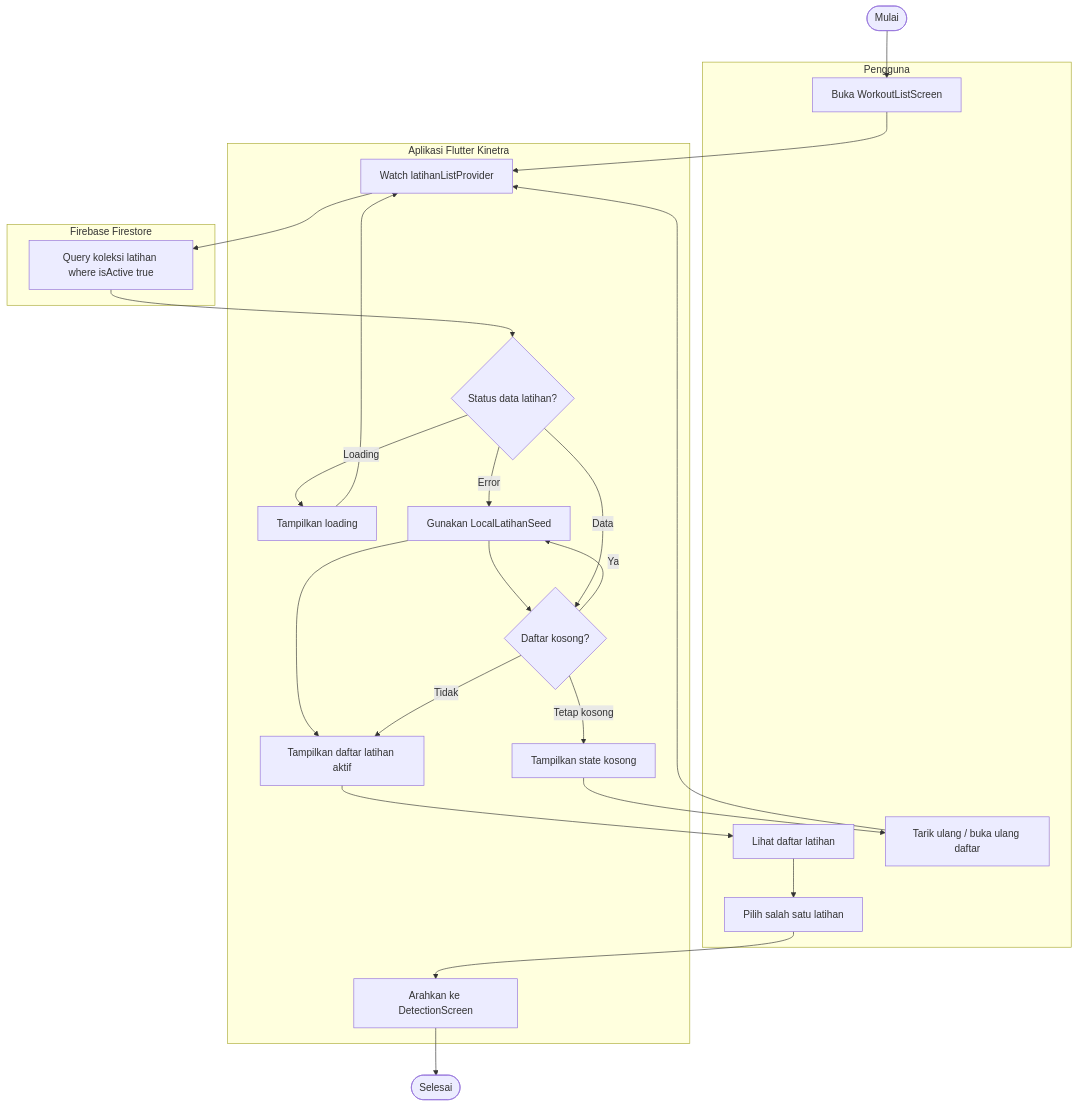
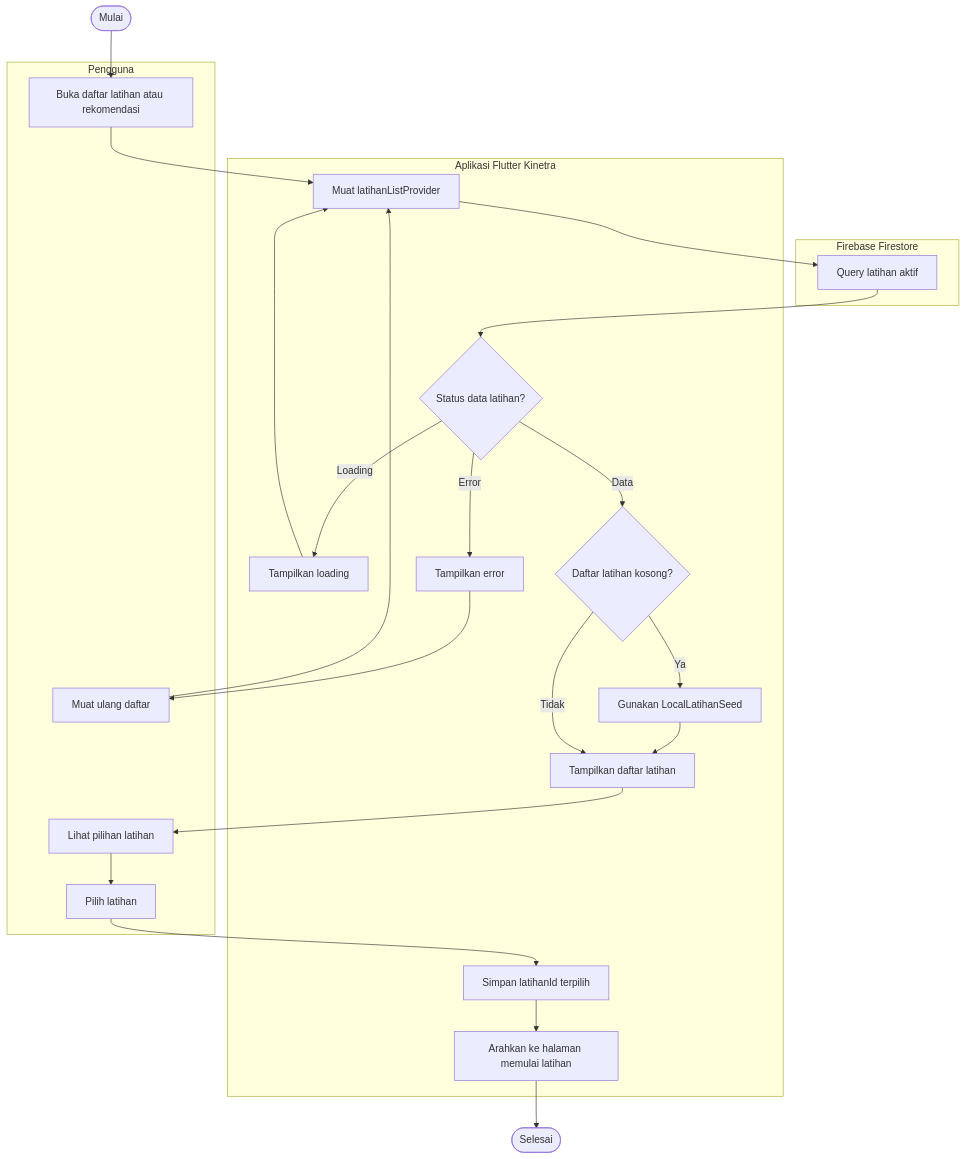
One commit to arifrachmatdx/Kinetra changed the eighth of 24 diagrams in docs/uml.md. Above: the diagram before and after it, drawn with Mermaid. The commit also changed other lines of this file and 1 other file, not shown here.

Commit message:
docs: align UML diagrams with requested use cases

````diff
--- a/docs/uml.md
+++ b/docs/uml.md
@@ -249,31 +296,32 @@
 ```mermaid
 flowchart TD
     Start([Mulai])
     subgraph User["Pengguna"]
-        OpenWorkoutList[Buka WorkoutListScreen]
-        BrowseList[Lihat daftar latihan]
-        SelectWorkout[Pilih salah satu latihan]
-        RetryLoad[Tarik ulang / buka ulang daftar]
+        OpenWorkoutList[Buka daftar latihan atau rekomendasi]
+        BrowseWorkout[Lihat pilihan latihan]
+        SelectWorkout[Pilih latihan]
+        RetryLoad[Muat ulang daftar]
     end
     subgraph App["Aplikasi Flutter Kinetra"]
-        WatchLatihan[Watch latihanListProvider]
-        LatihanState{Status data latihan?}
+        LoadWorkoutList[Muat latihanListProvider]
+        WorkoutState{Status data latihan?}
         RenderLoading[Tampilkan loading]
-        RenderWorkoutList[Tampilkan daftar latihan aktif]
-        EmptyList{Daftar kosong?}
-        UseFallback[Gunakan LocalLatihanSeed]
-        RenderEmpty[Tampilkan state kosong]
-        GoDetection[Arahkan ke DetectionScreen]
+        ListEmpty{Daftar latihan kosong?}
+        UseLocalSeed[Gunakan LocalLatihanSeed]
+        RenderWorkoutList[Tampilkan daftar latihan]
+        StoreSelectedWorkout[Simpan latihanId terpilih]
+        GoStartWorkout[Arahkan ke halaman memulai latihan]
+        ShowError[Tampilkan error]
     end
     subgraph DB["Firebase Firestore"]
-        QueryActiveLatihan[Query koleksi latihan where isActive true]
+        QueryWorkout[Query latihan aktif]
     end
 
-    Start --> OpenWorkoutList --> WatchLatihan --> QueryActiveLatihan --> LatihanState
-    LatihanState -->|Loading| RenderLoading --> WatchLatihan
-    LatihanState -->|Error| UseFallback --> EmptyList
-    LatihanState -->|Data| EmptyList
-    EmptyList -->|Ya| UseFallback --> RenderWorkoutList
-    EmptyList -->|Tetap kosong| RenderEmpty --> RetryLoad --> WatchLatihan
-    EmptyList -->|Tidak| RenderWorkoutList --> BrowseList --> SelectWorkout --> GoDetection --> End([Selesai])
+    Start --> OpenWorkoutList --> LoadWorkoutList --> QueryWorkout --> WorkoutState
+    WorkoutState -->|Loading| RenderLoading --> LoadWorkoutList
+    WorkoutState -->|Error| ShowError --> RetryLoad --> LoadWorkoutList
+    WorkoutState -->|Data| ListEmpty
+    ListEmpty -->|Ya| UseLocalSeed --> RenderWorkoutList
+    ListEmpty -->|Tidak| RenderWorkoutList
+    RenderWorkoutList --> BrowseWorkout --> SelectWorkout --> StoreSelectedWorkout --> GoStartWorkout --> End([Selesai])
 ```
````
